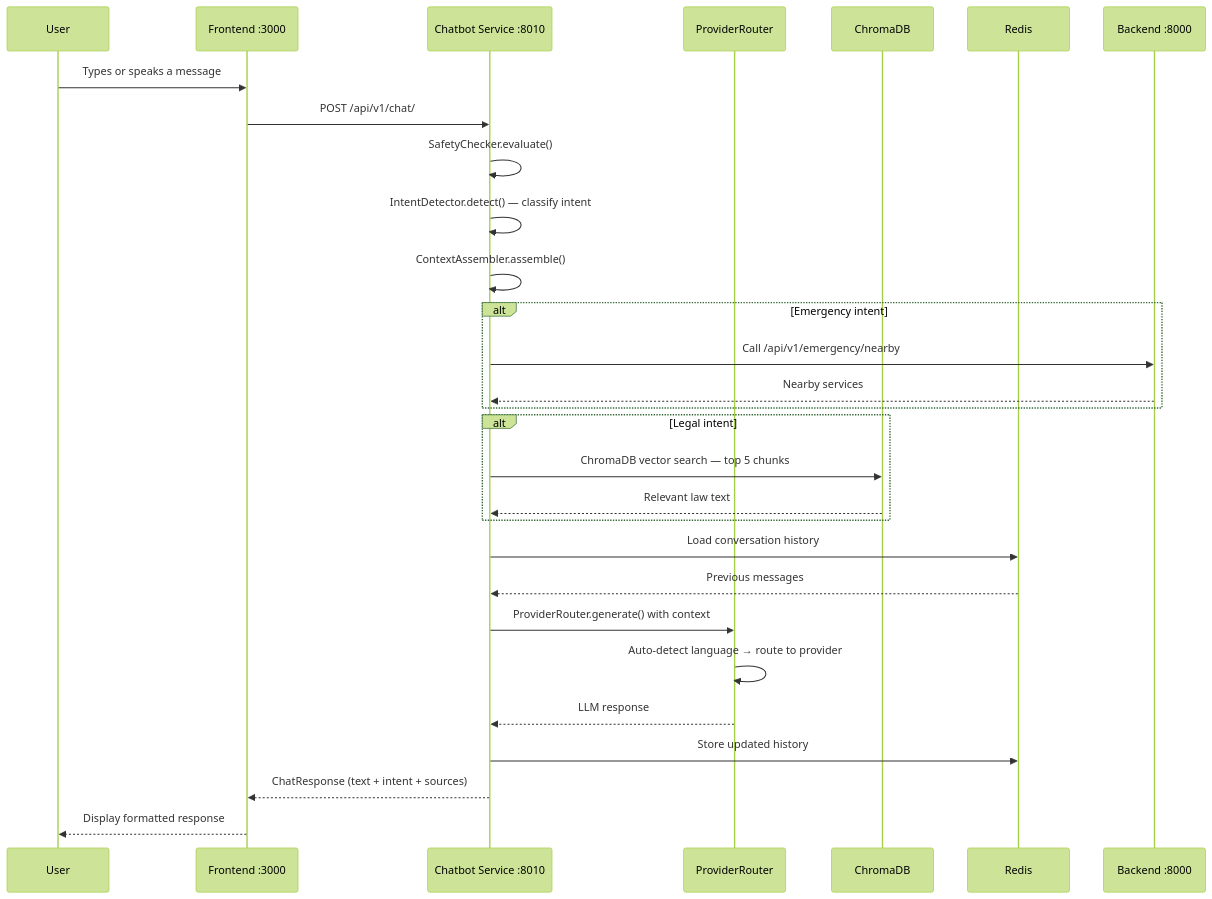
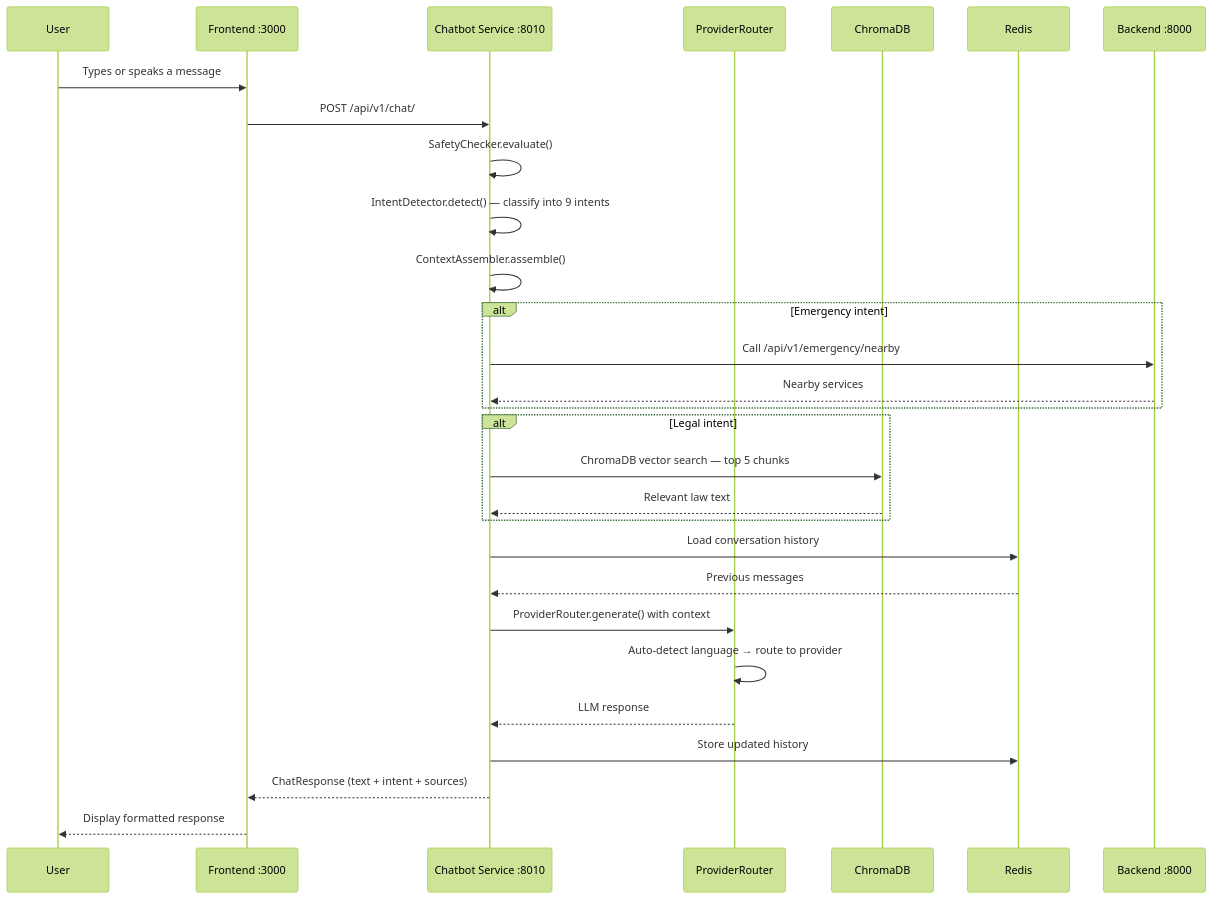
One commit to safevixai/safevixai changed the seventh of 9 diagrams in docs/Architecture.md. Above: the diagram before and after it, drawn with Mermaid (forest theme). The commit also changed other lines of this file and 110 other files, not shown here.

Commit message:
chore: e2e hardening, fix consent bypass, signup flow & responsive tests

````diff
--- a/docs/Architecture.md
+++ b/docs/Architecture.md
@@ -171,34 +458,34 @@
 ```mermaid
 sequenceDiagram
     participant U as User
     participant FE as Frontend :3000
     participant CS as Chatbot Service :8010
     participant PR as ProviderRouter
     participant C as ChromaDB
     participant R as Redis
     participant BE as Backend :8000
 
     U->>FE: Types or speaks a message
     FE->>CS: POST /api/v1/chat/
     CS->>CS: SafetyChecker.evaluate()
-    CS->>CS: IntentDetector.detect() — classify intent
+    CS->>CS: IntentDetector.detect() — classify into 9 intents
     CS->>CS: ContextAssembler.assemble()
 
     alt Emergency intent
         CS->>BE: Call /api/v1/emergency/nearby
         BE-->>CS: Nearby services
     end
     alt Legal intent
         CS->>C: ChromaDB vector search — top 5 chunks
         C-->>CS: Relevant law text
     end
 
     CS->>R: Load conversation history
     R-->>CS: Previous messages
     CS->>PR: ProviderRouter.generate() with context
     PR->>PR: Auto-detect language → route to provider
     PR-->>CS: LLM response
     CS->>R: Store updated history
     CS-->>FE: ChatResponse (text + intent + sources)
     FE-->>U: Display formatted response
 ```
````
